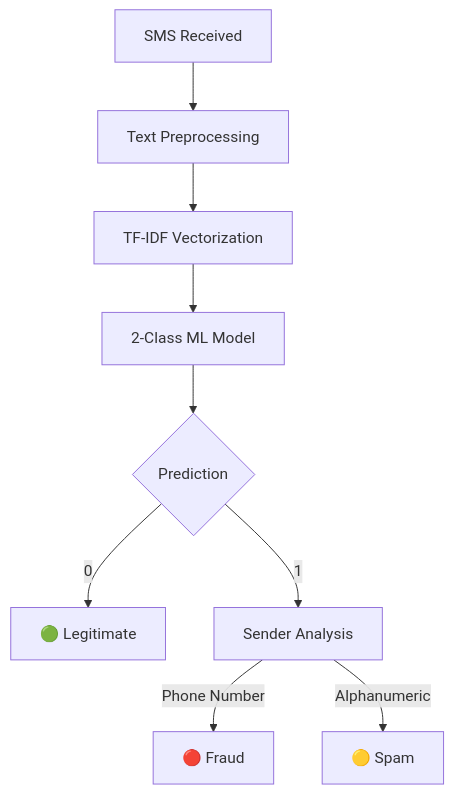
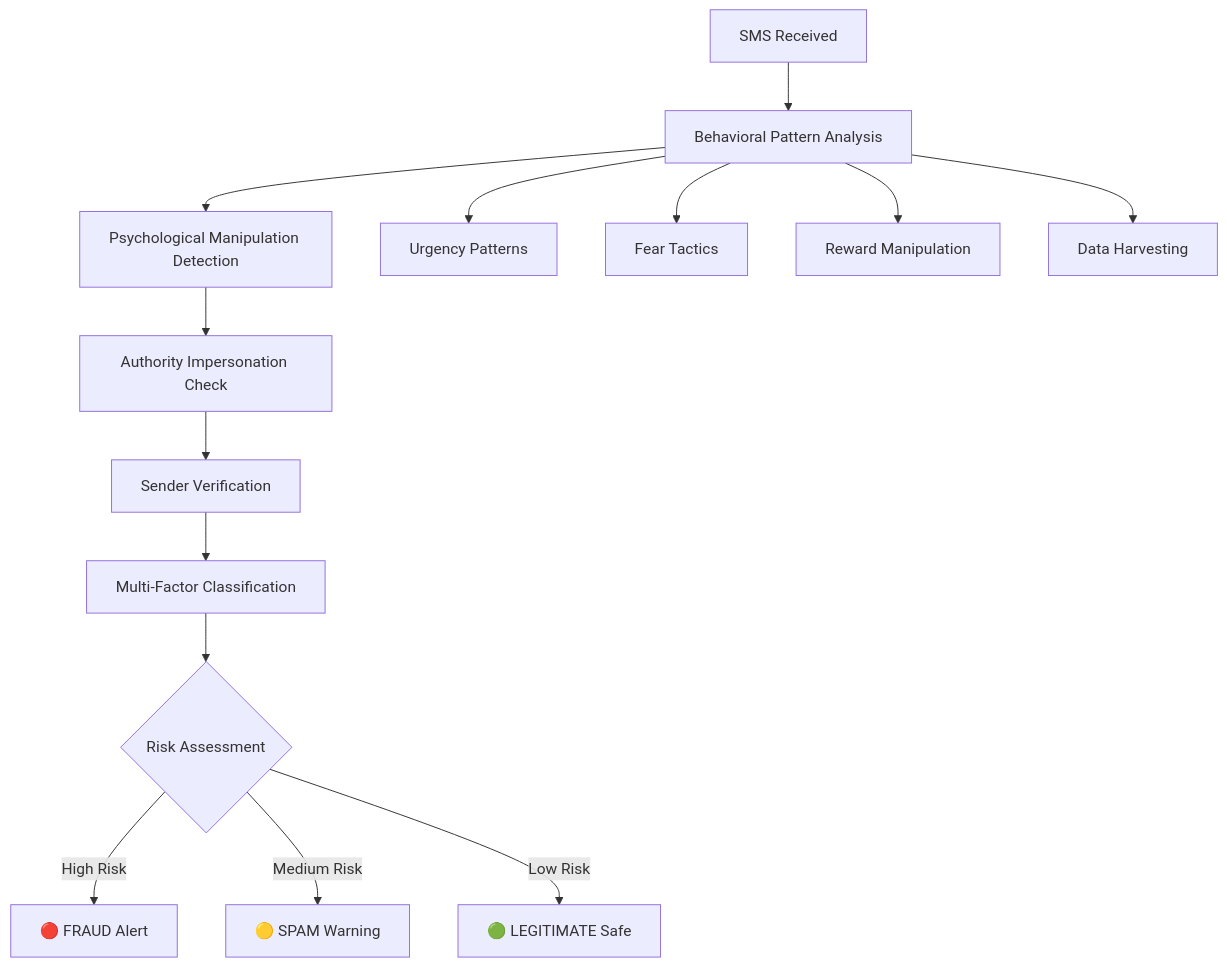
Before and after one commit to iDhanushp/-Smart-Detection-of-Malicious-SMS: the diagram in README.md, drawn with Mermaid. The commit also changed other lines of this file and 31 other files, not shown here.

````diff
--- a/README.md
+++ b/README.md
@@ -80,11 +192,17 @@
 ```mermaid
 graph TD
-    A[SMS Received] --> B[Text Preprocessing]
-    B --> C[TF-IDF Vectorization]
-    C --> D[2-Class ML Model]
-    D --> E{Prediction}
-    E -->|0| F[🟢 Legitimate]
-    E -->|1| G[Sender Analysis]
-    G -->|Phone Number| H[🔴 Fraud]
-    G -->|Alphanumeric| I[🟡 Spam]
+    A[SMS Received] --> B[Behavioral Pattern Analysis]
+    B --> C[Psychological Manipulation Detection]
+    C --> D[Authority Impersonation Check]
+    D --> E[Sender Verification]
+    E --> F[Multi-Factor Classification]
+    F --> G{Risk Assessment}
+    G -->|High Risk| H[🔴 FRAUD Alert]
+    G -->|Medium Risk| I[🟡 SPAM Warning]
+    G -->|Low Risk| J[🟢 LEGITIMATE Safe]
+    
+    B --> K[Urgency Patterns]
+    B --> L[Fear Tactics]  
+    B --> M[Reward Manipulation]
+    B --> N[Data Harvesting]
 ```
````
